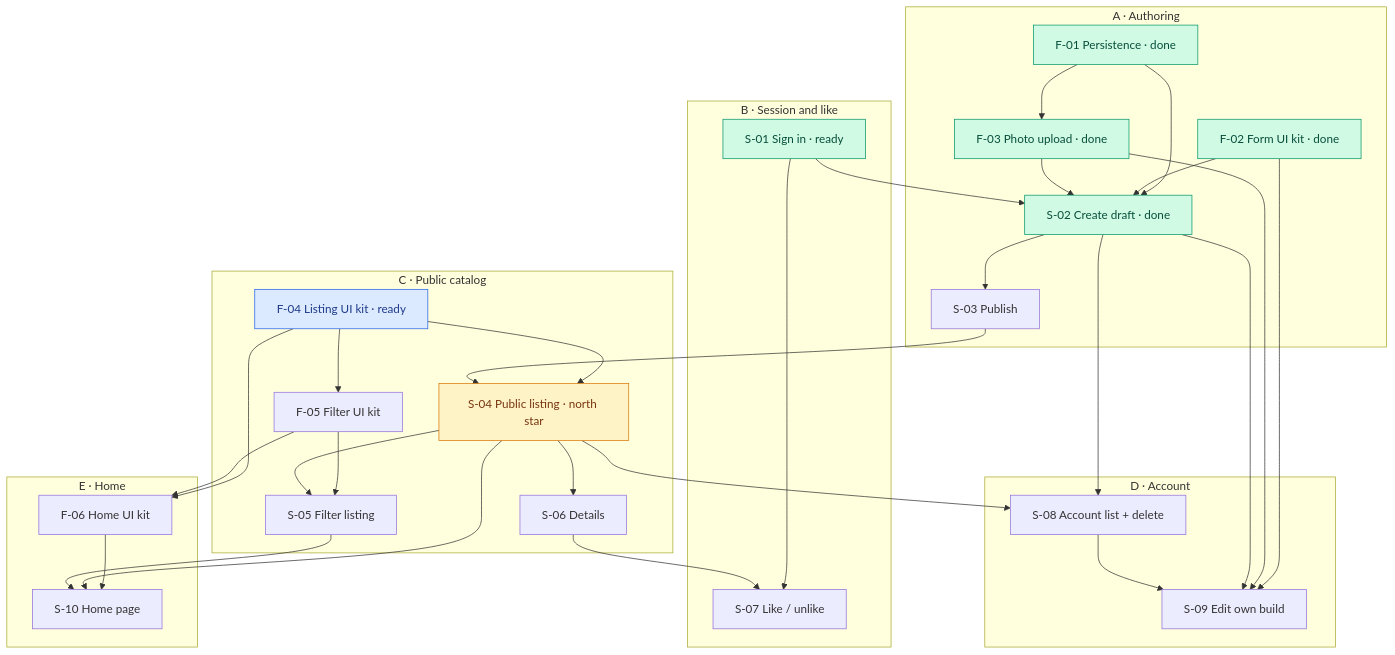
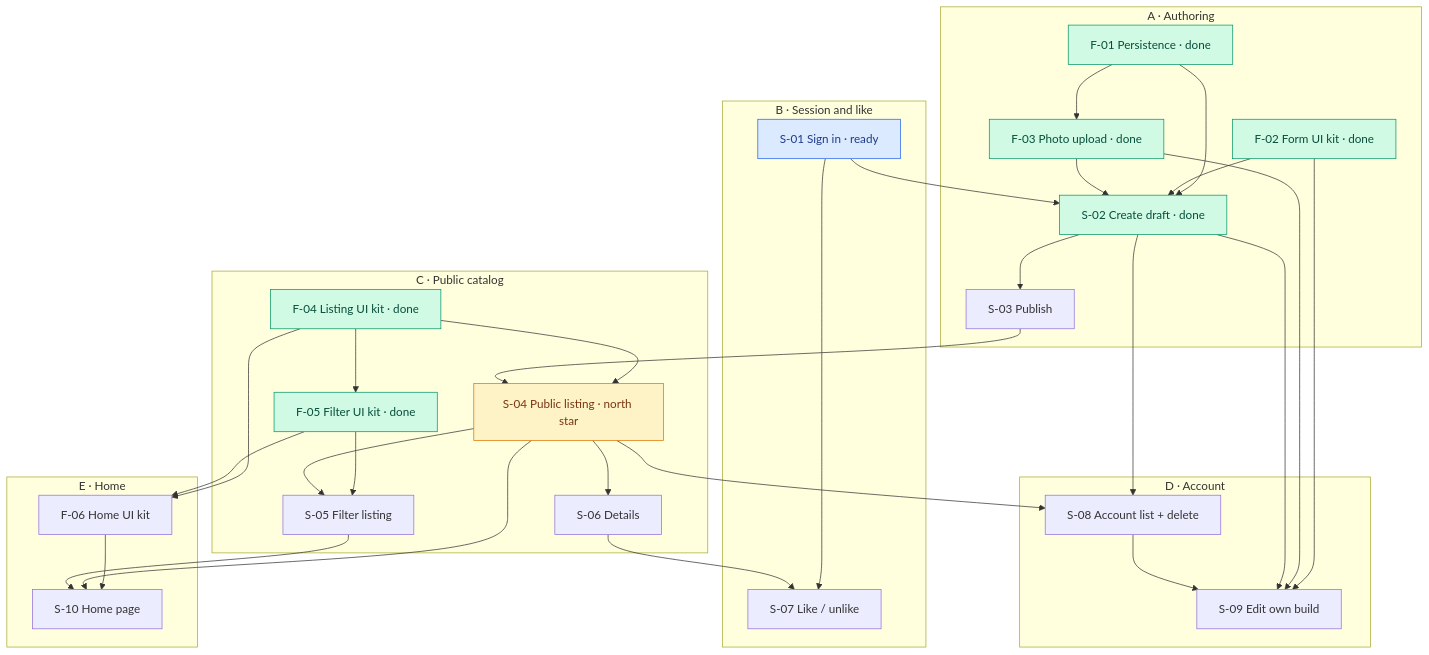
One commit to tofucode-dev/watch-bldrs changed the diagram in context/foundation/roadmap.md. Above: the diagram before and after it, drawn with Mermaid. The commit also changed other lines of this file, not shown here.

Commit message:
docs(roadmap): sync dependency graph with slice statuses
Mark F-04 and F-05 as done in the mermaid graph and fix S-01 ready styling.

````diff
--- a/context/foundation/roadmap.md
+++ b/context/foundation/roadmap.md
@@ -73,66 +73,66 @@
 ```mermaid
 flowchart TB
   subgraph A["A · Authoring"]
     F01["F-01 Persistence · done"]
     F02["F-02 Form UI kit · done"]
     F03["F-03 Photo upload · done"]
     S02["S-02 Create draft · done"]
     S03["S-03 Publish"]
   end
 
   subgraph B["B · Session and like"]
     S01["S-01 Sign in · ready"]
     S07["S-07 Like / unlike"]
   end
 
   subgraph C["C · Public catalog"]
-    F04["F-04 Listing UI kit · ready"]
+    F04["F-04 Listing UI kit · done"]
     S04["S-04 Public listing · north star"]
-    F05["F-05 Filter UI kit"]
+    F05["F-05 Filter UI kit · done"]
     S05["S-05 Filter listing"]
     S06["S-06 Details"]
   end
 
   subgraph D["D · Account"]
     S08["S-08 Account list + delete"]
     S09["S-09 Edit own build"]
   end
 
   subgraph E["E · Home"]
     F06["F-06 Home UI kit"]
     S10["S-10 Home page"]
   end
 
   F01 --> F03
   F01 --> S02
   F02 --> S02
   F03 --> S02
   S01 --> S02
   S02 --> S03
   F04 --> S04
   S03 --> S04
   F04 --> F05
   F05 --> S05
   S04 --> S05
   S04 --> S06
   S01 --> S07
   S06 --> S07
   S02 --> S08
   S04 --> S08
   F02 --> S09
   F03 --> S09
   S02 --> S09
   S08 --> S09
   F04 --> F06
   F05 --> F06
   F06 --> S10
   S04 --> S10
   S05 --> S10
 
   classDef done fill:#d1fae5,stroke:#059669,color:#064e3b
   classDef ready fill:#dbeafe,stroke:#2563eb,color:#1e3a8a
   classDef north fill:#fef3c7,stroke:#d97706,color:#78350f
-  class F01,F02,F03,S01,S02 done
-  class F04 ready
+  class F01,F02,F03,F04,F05,S02 done
+  class S01 ready
   class S04 north
 ```
````
